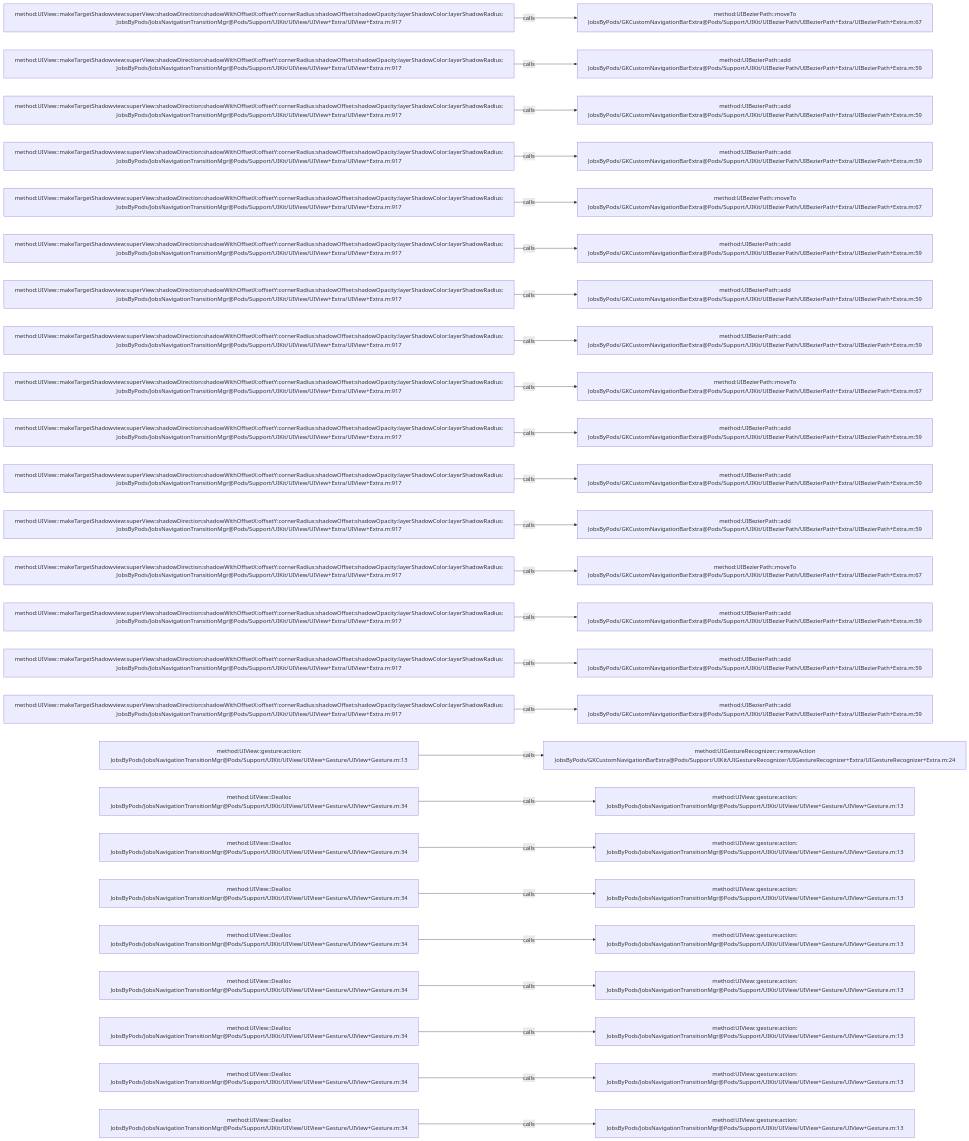
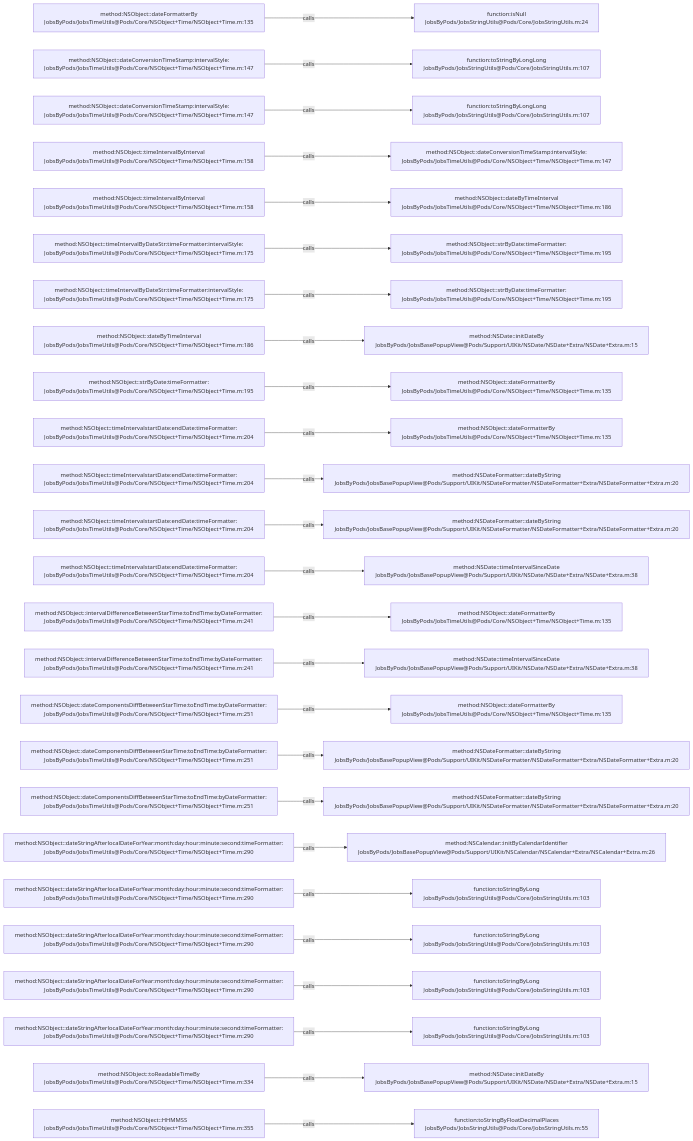
One commit to JobsKits/JobsOCBaseConfigDemo changed the diagram in .codegraph/codegraph.md/graphs/calls-172.md. Above: the diagram before and after it, drawn with Mermaid. The commit also changed 1026 other files, not shown here.

````diff
--- a/.codegraph/codegraph.md/graphs/calls-172.md
+++ b/.codegraph/codegraph.md/graphs/calls-172.md
@@ -13,78 +13,78 @@
 ```mermaid
 flowchart LR
-  S1["method:UIView::makeTargetShadowview:superView:shadowDirection:shadowWithOffsetX:offsetY:cornerRadius:shadowOffset:shadowOpacity:layerShadowColor:layerShadowRadius:<br/>JobsByPods/JobsNavigationTransitionMgr@Pods/Support/UIKit/UIView/UIView+Extra/UIView+Extra.m:917"]
-  T1["method:UIBezierPath::moveTo<br/>JobsByPods/GKCustomNavigationBarExtra@Pods/Support/UIKit/UIBezierPath/UIBezierPath+Extra/UIBezierPath+Extra.m:67"]
+  S1["method:NSObject::dateFormatterBy<br/>JobsByPods/JobsTimeUtils@Pods/Core/NSObject+Time/NSObject+Time.m:135"]
+  T1["function:isNull<br/>JobsByPods/JobsStringUtils@Pods/Core/JobsStringUtils.m:24"]
   S1 -->|calls| T1
-  S2["method:UIView::makeTargetShadowview:superView:shadowDirection:shadowWithOffsetX:offsetY:cornerRadius:shadowOffset:shadowOpacity:layerShadowColor:layerShadowRadius:<br/>JobsByPods/JobsNavigationTransitionMgr@Pods/Support/UIKit/UIView/UIView+Extra/UIView+Extra.m:917"]
-  T2["method:UIBezierPath::add<br/>JobsByPods/GKCustomNavigationBarExtra@Pods/Support/UIKit/UIBezierPath/UIBezierPath+Extra/UIBezierPath+Extra.m:59"]
+  S2["method:NSObject::dateConversionTimeStamp:intervalStyle:<br/>JobsByPods/JobsTimeUtils@Pods/Core/NSObject+Time/NSObject+Time.m:147"]
+  T2["function:toStringByLongLong<br/>JobsByPods/JobsStringUtils@Pods/Core/JobsStringUtils.m:107"]
   S2 -->|calls| T2
-  S3["method:UIView::makeTargetShadowview:superView:shadowDirection:shadowWithOffsetX:offsetY:cornerRadius:shadowOffset:shadowOpacity:layerShadowColor:layerShadowRadius:<br/>JobsByPods/JobsNavigationTransitionMgr@Pods/Support/UIKit/UIView/UIView+Extra/UIView+Extra.m:917"]
-  T3["method:UIBezierPath::add<br/>JobsByPods/GKCustomNavigationBarExtra@Pods/Support/UIKit/UIBezierPath/UIBezierPath+Extra/UIBezierPath+Extra.m:59"]
+  S3["method:NSObject::dateConversionTimeStamp:intervalStyle:<br/>JobsByPods/JobsTimeUtils@Pods/Core/NSObject+Time/NSObject+Time.m:147"]
+  T3["function:toStringByLongLong<br/>JobsByPods/JobsStringUtils@Pods/Core/JobsStringUtils.m:107"]
   S3 -->|calls| T3
-  S4["method:UIView::makeTargetShadowview:superView:shadowDirection:shadowWithOffsetX:offsetY:cornerRadius:shadowOffset:shadowOpacity:layerShadowColor:layerShadowRadius:<br/>JobsByPods/JobsNavigationTransitionMgr@Pods/Support/UIKit/UIView/UIView+Extra/UIView+Extra.m:917"]
-  T4["method:UIBezierPath::add<br/>JobsByPods/GKCustomNavigationBarExtra@Pods/Support/UIKit/UIBezierPath/UIBezierPath+Extra/UIBezierPath+Extra.m:59"]
+  S4["method:NSObject::timeIntervalByInterval<br/>JobsByPods/JobsTimeUtils@Pods/Core/NSObject+Time/NSObject+Time.m:158"]
+  T4["method:NSObject::dateConversionTimeStamp:intervalStyle:<br/>JobsByPods/JobsTimeUtils@Pods/Core/NSObject+Time/NSObject+Time.m:147"]
   S4 -->|calls| T4
-  S5["method:UIView::makeTargetShadowview:superView:shadowDirection:shadowWithOffsetX:offsetY:cornerRadius:shadowOffset:shadowOpacity:layerShadowColor:layerShadowRadius:<br/>JobsByPods/JobsNavigationTransitionMgr@Pods/Support/UIKit/UIView/UIView+Extra/UIView+Extra.m:917"]
-  T5["method:UIBezierPath::moveTo<br/>JobsByPods/GKCustomNavigationBarExtra@Pods/Support/UIKit/UIBezierPath/UIBezierPath+Extra/UIBezierPath+Extra.m:67"]
+  S5["method:NSObject::timeIntervalByInterval<br/>JobsByPods/JobsTimeUtils@Pods/Core/NSObject+Time/NSObject+Time.m:158"]
+  T5["method:NSObject::dateByTimeInterval<br/>JobsByPods/JobsTimeUtils@Pods/Core/NSObject+Time/NSObject+Time.m:186"]
   S5 -->|calls| T5
-  S6["method:UIView::makeTargetShadowview:superView:shadowDirection:shadowWithOffsetX:offsetY:cornerRadius:shadowOffset:shadowOpacity:layerShadowColor:layerShadowRadius:<br/>JobsByPods/JobsNavigationTransitionMgr@Pods/Support/UIKit/UIView/UIView+Extra/UIView+Extra.m:917"]
-  T6["method:UIBezierPath::add<br/>JobsByPods/GKCustomNavigationBarExtra@Pods/Support/UIKit/UIBezierPath/UIBezierPath+Extra/UIBezierPath+Extra.m:59"]
+  S6["method:NSObject::timeIntervalByDateStr:timeFormatter:intervalStyle:<br/>JobsByPods/JobsTimeUtils@Pods/Core/NSObject+Time/NSObject+Time.m:175"]
+  T6["method:NSObject::strByDate:timeFormatter:<br/>JobsByPods/JobsTimeUtils@Pods/Core/NSObject+Time/NSObject+Time.m:195"]
   S6 -->|calls| T6
-  S7["method:UIView::makeTargetShadowview:superView:shadowDirection:shadowWithOffsetX:offsetY:cornerRadius:shadowOffset:shadowOpacity:layerShadowColor:layerShadowRadius:<br/>JobsByPods/JobsNavigationTransitionMgr@Pods/Support/UIKit/UIView/UIView+Extra/UIView+Extra.m:917"]
-  T7["method:UIBezierPath::add<br/>JobsByPods/GKCustomNavigationBarExtra@Pods/Support/UIKit/UIBezierPath/UIBezierPath+Extra/UIBezierPath+Extra.m:59"]
+  S7["method:NSObject::timeIntervalByDateStr:timeFormatter:intervalStyle:<br/>JobsByPods/JobsTimeUtils@Pods/Core/NSObject+Time/NSObject+Time.m:175"]
+  T7["method:NSObject::strByDate:timeFormatter:<br/>JobsByPods/JobsTimeUtils@Pods/Core/NSObject+Time/NSObject+Time.m:195"]
   S7 -->|calls| T7
-  S8["method:UIView::makeTargetShadowview:superView:shadowDirection:shadowWithOffsetX:offsetY:cornerRadius:shadowOffset:shadowOpacity:layerShadowColor:layerShadowRadius:<br/>JobsByPods/JobsNavigationTransitionMgr@Pods/Support/UIKit/UIView/UIView+Extra/UIView+Extra.m:917"]
-  T8["method:UIBezierPath::add<br/>JobsByPods/GKCustomNavigationBarExtra@Pods/Support/UIKit/UIBezierPath/UIBezierPath+Extra/UIBezierPath+Extra.m:59"]
+  S8["method:NSObject::dateByTimeInterval<br/>JobsByPods/JobsTimeUtils@Pods/Core/NSObject+Time/NSObject+Time.m:186"]
+  T8["method:NSDate::initDateBy<br/>JobsByPods/JobsBasePopupView@Pods/Support/UIKit/NSDate/NSDate+Extra/NSDate+Extra.m:15"]
   S8 -->|calls| T8
-  S9["method:UIView::makeTargetShadowview:superView:shadowDirection:shadowWithOffsetX:offsetY:cornerRadius:shadowOffset:shadowOpacity:layerShadowColor:layerShadowRadius:<br/>JobsByPods/JobsNavigationTransitionMgr@Pods/Support/UIKit/UIView/UIView+Extra/UIView+Extra.m:917"]
-  T9["method:UIBezierPath::moveTo<br/>JobsByPods/GKCustomNavigationBarExtra@Pods/Support/UIKit/UIBezierPath/UIBezierPath+Extra/UIBezierPath+Extra.m:67"]
+  S9["method:NSObject::strByDate:timeFormatter:<br/>JobsByPods/JobsTimeUtils@Pods/Core/NSObject+Time/NSObject+Time.m:195"]
+  T9["method:NSObject::dateFormatterBy<br/>JobsByPods/JobsTimeUtils@Pods/Core/NSObject+Time/NSObject+Time.m:135"]
   S9 -->|calls| T9
-  S10["method:UIView::makeTargetShadowview:superView:shadowDirection:shadowWithOffsetX:offsetY:cornerRadius:shadowOffset:shadowOpacity:layerShadowColor:layerShadowRadius:<br/>JobsByPods/JobsNavigationTransitionMgr@Pods/Support/UIKit/UIView/UIView+Extra/UIView+Extra.m:917"]
-  T10["method:UIBezierPath::add<br/>JobsByPods/GKCustomNavigationBarExtra@Pods/Support/UIKit/UIBezierPath/UIBezierPath+Extra/UIBezierPath+Extra.m:59"]
+  S10["method:NSObject::timeIntervalstartDate:endDate:timeFormatter:<br/>JobsByPods/JobsTimeUtils@Pods/Core/NSObject+Time/NSObject+Time.m:204"]
+  T10["method:NSObject::dateFormatterBy<br/>JobsByPods/JobsTimeUtils@Pods/Core/NSObject+Time/NSObject+Time.m:135"]
   S10 -->|calls| T10
-  S11["method:UIView::makeTargetShadowview:superView:shadowDirection:shadowWithOffsetX:offsetY:cornerRadius:shadowOffset:shadowOpacity:layerShadowColor:layerShadowRadius:<br/>JobsByPods/JobsNavigationTransitionMgr@Pods/Support/UIKit/UIView/UIView+Extra/UIView+Extra.m:917"]
-  T11["method:UIBezierPath::add<br/>JobsByPods/GKCustomNavigationBarExtra@Pods/Support/UIKit/UIBezierPath/UIBezierPath+Extra/UIBezierPath+Extra.m:59"]
+  S11["method:NSObject::timeIntervalstartDate:endDate:timeFormatter:<br/>JobsByPods/JobsTimeUtils@Pods/Core/NSObject+Time/NSObject+Time.m:204"]
+  T11["method:NSDateFormatter::dateByString<br/>JobsByPods/JobsBasePopupView@Pods/Support/UIKit/NSDateFormatter/NSDateFormatter+Extra/NSDateFormatter+Extra.m:20"]
   S11 -->|calls| T11
-  S12["method:UIView::makeTargetShadowview:superView:shadowDirection:shadowWithOffsetX:offsetY:cornerRadius:shadowOffset:shadowOpacity:layerShadowColor:layerShadowRadius:<br/>JobsByPods/JobsNavigationTransitionMgr@Pods/Support/UIKit/UIView/UIView+Extra/UIView+Extra.m:917"]
-  T12["method:UIBezierPath::add<br/>JobsByPods/GKCustomNavigationBarExtra@Pods/Support/UIKit/UIBezierPath/UIBezierPath+Extra/UIBezierPath+Extra.m:59"]
+  S12["method:NSObject::timeIntervalstartDate:endDate:timeFormatter:<br/>JobsByPods/JobsTimeUtils@Pods/Core/NSObject+Time/NSObject+Time.m:204"]
+  T12["method:NSDateFormatter::dateByString<br/>JobsByPods/JobsBasePopupView@Pods/Support/UIKit/NSDateFormatter/NSDateFormatter+Extra/NSDateFormatter+Extra.m:20"]
   S12 -->|calls| T12
-  S13["method:UIView::makeTargetShadowview:superView:shadowDirection:shadowWithOffsetX:offsetY:cornerRadius:shadowOffset:shadowOpacity:layerShadowColor:layerShadowRadius:<br/>JobsByPods/JobsNavigationTransitionMgr@Pods/Support/UIKit/UIView/UIView+Extra/UIView+Extra.m:917"]
-  T13["method:UIBezierPath::moveTo<br/>JobsByPods/GKCustomNavigationBarExtra@Pods/Support/UIKit/UIBezierPath/UIBezierPath+Extra/UIBezierPath+Extra.m:67"]
+  S13["method:NSObject::timeIntervalstartDate:endDate:timeFormatter:<br/>JobsByPods/JobsTimeUtils@Pods/Core/NSObject+Time/NSObject+Time.m:204"]
+  T13["method:NSDate::timeIntervalSinceDate<br/>JobsByPods/JobsBasePopupView@Pods/Support/UIKit/NSDate/NSDate+Extra/NSDate+Extra.m:38"]
   S13 -->|calls| T13
-  S14["method:UIView::makeTargetShadowview:superView:shadowDirection:shadowWithOffsetX:offsetY:cornerRadius:shadowOffset:shadowOpacity:layerShadowColor:layerShadowRadius:<br/>JobsByPods/JobsNavigationTransitionMgr@Pods/Support/UIKit/UIView/UIView+Extra/UIView+Extra.m:917"]
-  T14["method:UIBezierPath::add<br/>JobsByPods/GKCustomNavigationBarExtra@Pods/Support/UIKit/UIBezierPath/UIBezierPath+Extra/UIBezierPath+Extra.m:59"]
+  S14["method:NSObject::intervalDifferenceBetweenStarTime:toEndTime:byDateFormatter:<br/>JobsByPods/JobsTimeUtils@Pods/Core/NSObject+Time/NSObject+Time.m:241"]
+  T14["method:NSObject::dateFormatterBy<br/>JobsByPods/JobsTimeUtils@Pods/Core/NSObject+Time/NSObject+Time.m:135"]
   S14 -->|calls| T14
-  S15["method:UIView::makeTargetShadowview:superView:shadowDirection:shadowWithOffsetX:offsetY:cornerRadius:shadowOffset:shadowOpacity:layerShadowColor:layerShadowRadius:<br/>JobsByPods/JobsNavigationTransitionMgr@Pods/Support/UIKit/UIView/UIView+Extra/UIView+Extra.m:917"]
-  T15["method:UIBezierPath::add<br/>JobsByPods/GKCustomNavigationBarExtra@Pods/Support/UIKit/UIBezierPath/UIBezierPath+Extra/UIBezierPath+Extra.m:59"]
+  S15["method:NSObject::intervalDifferenceBetweenStarTime:toEndTime:byDateFormatter:<br/>JobsByPods/JobsTimeUtils@Pods/Core/NSObject+Time/NSObject+Time.m:241"]
+  T15["method:NSDate::timeIntervalSinceDate<br/>JobsByPods/JobsBasePopupView@Pods/Support/UIKit/NSDate/NSDate+Extra/NSDate+Extra.m:38"]
   S15 -->|calls| T15
-  S16["method:UIView::makeTargetShadowview:superView:shadowDirection:shadowWithOffsetX:offsetY:cornerRadius:shadowOffset:shadowOpacity:layerShadowColor:layerShadowRadius:<br/>JobsByPods/JobsNavigationTransitionMgr@Pods/Support/UIKit/UIView/UIView+Extra/UIView+Extra.m:917"]
-  T16["method:UIBezierPath::add<br/>JobsByPods/GKCustomNavigationBarExtra@Pods/Support/UIKit/UIBezierPath/UIBezierPath+Extra/UIBezierPath+Extra.m:59"]
+  S16["method:NSObject::dateComponentsDiffBetweenStarTime:toEndTime:byDateFormatter:<br/>JobsByPods/JobsTimeUtils@Pods/Core/NSObject+Time/NSObject+Time.m:251"]
+  T16["method:NSObject::dateFormatterBy<br/>JobsByPods/JobsTimeUtils@Pods/Core/NSObject+Time/NSObject+Time.m:135"]
   S16 -->|calls| T16
-  S17["method:UIView::gesture:action:<br/>JobsByPods/JobsNavigationTransitionMgr@Pods/Support/UIKit/UIView/UIView+Gesture/UIView+Gesture.m:13"]
-  T17["method:UIGestureRecognizer::removeAction<br/>JobsByPods/GKCustomNavigationBarExtra@Pods/Support/UIKit/UIGestureRecognizer/UIGestureRecognizer+Extra/UIGestureRecognizer+Extra.m:24"]
+  S17["method:NSObject::dateComponentsDiffBetweenStarTime:toEndTime:byDateFormatter:<br/>JobsByPods/JobsTimeUtils@Pods/Core/NSObject+Time/NSObject+Time.m:251"]
+  T17["method:NSDateFormatter::dateByString<br/>JobsByPods/JobsBasePopupView@Pods/Support/UIKit/NSDateFormatter/NSDateFormatter+Extra/NSDateFormatter+Extra.m:20"]
   S17 -->|calls| T17
-  S18["method:UIView::Dealloc<br/>JobsByPods/JobsNavigationTransitionMgr@Pods/Support/UIKit/UIView/UIView+Gesture/UIView+Gesture.m:34"]
-  T18["method:UIView::gesture:action:<br/>JobsByPods/JobsNavigationTransitionMgr@Pods/Support/UIKit/UIView/UIView+Gesture/UIView+Gesture.m:13"]
+  S18["method:NSObject::dateComponentsDiffBetweenStarTime:toEndTime:byDateFormatter:<br/>JobsByPods/JobsTimeUtils@Pods/Core/NSObject+Time/NSObject+Time.m:251"]
+  T18["method:NSDateFormatter::dateByString<br/>JobsByPods/JobsBasePopupView@Pods/Support/UIKit/NSDateFormatter/NSDateFormatter+Extra/NSDateFormatter+Extra.m:20"]
   S18 -->|calls| T18
-  S19["method:UIView::Dealloc<br/>JobsByPods/JobsNavigationTransitionMgr@Pods/Support/UIKit/UIView/UIView+Gesture/UIView+Gesture.m:34"]
-  T19["method:UIView::gesture:action:<br/>JobsByPods/JobsNavigationTransitionMgr@Pods/Support/UIKit/UIView/UIView+Gesture/UIView+Gesture.m:13"]
+  S19["method:NSObject::dateStringAfterlocalDateForYear:month:day:hour:minute:second:timeFormatter:<br/>JobsByPods/JobsTimeUtils@Pods/Core/NSObject+Time/NSObject+Time.m:290"]
+  T19["method:NSCalendar::initByCalendarIdentifier<br/>JobsByPods/JobsBasePopupView@Pods/Support/UIKit/NSCalendar/NSCalendar+Extra/NSCalendar+Extra.m:26"]
   S19 -->|calls| T19
-  S20["method:UIView::Dealloc<br/>JobsByPods/JobsNavigationTransitionMgr@Pods/Support/UIKit/UIView/UIView+Gesture/UIView+Gesture.m:34"]
-  T20["method:UIView::gesture:action:<br/>JobsByPods/JobsNavigationTransitionMgr@Pods/Support/UIKit/UIView/UIView+Gesture/UIView+Gesture.m:13"]
+  S20["method:NSObject::dateStringAfterlocalDateForYear:month:day:hour:minute:second:timeFormatter:<br/>JobsByPods/JobsTimeUtils@Pods/Core/NSObject+Time/NSObject+Time.m:290"]
+  T20["function:toStringByLong<br/>JobsByPods/JobsStringUtils@Pods/Core/JobsStringUtils.m:103"]
   S20 -->|calls| T20
-  S21["method:UIView::Dealloc<br/>JobsByPods/JobsNavigationTransitionMgr@Pods/Support/UIKit/UIView/UIView+Gesture/UIView+Gesture.m:34"]
-  T21["method:UIView::gesture:action:<br/>JobsByPods/JobsNavigationTransitionMgr@Pods/Support/UIKit/UIView/UIView+Gesture/UIView+Gesture.m:13"]
+  S21["method:NSObject::dateStringAfterlocalDateForYear:month:day:hour:minute:second:timeFormatter:<br/>JobsByPods/JobsTimeUtils@Pods/Core/NSObject+Time/NSObject+Time.m:290"]
+  T21["function:toStringByLong<br/>JobsByPods/JobsStringUtils@Pods/Core/JobsStringUtils.m:103"]
   S21 -->|calls| T21
-  S22["method:UIView::Dealloc<br/>JobsByPods/JobsNavigationTransitionMgr@Pods/Support/UIKit/UIView/UIView+Gesture/UIView+Gesture.m:34"]
-  T22["method:UIView::gesture:action:<br/>JobsByPods/JobsNavigationTransitionMgr@Pods/Support/UIKit/UIView/UIView+Gesture/UIView+Gesture.m:13"]
+  S22["method:NSObject::dateStringAfterlocalDateForYear:month:day:hour:minute:second:timeFormatter:<br/>JobsByPods/JobsTimeUtils@Pods/Core/NSObject+Time/NSObject+Time.m:290"]
+  T22["function:toStringByLong<br/>JobsByPods/JobsStringUtils@Pods/Core/JobsStringUtils.m:103"]
   S22 -->|calls| T22
-  S23["method:UIView::Dealloc<br/>JobsByPods/JobsNavigationTransitionMgr@Pods/Support/UIKit/UIView/UIView+Gesture/UIView+Gesture.m:34"]
-  T23["method:UIView::gesture:action:<br/>JobsByPods/JobsNavigationTransitionMgr@Pods/Support/UIKit/UIView/UIView+Gesture/UIView+Gesture.m:13"]
+  S23["method:NSObject::dateStringAfterlocalDateForYear:month:day:hour:minute:second:timeFormatter:<br/>JobsByPods/JobsTimeUtils@Pods/Core/NSObject+Time/NSObject+Time.m:290"]
+  T23["function:toStringByLong<br/>JobsByPods/JobsStringUtils@Pods/Core/JobsStringUtils.m:103"]
   S23 -->|calls| T23
-  S24["method:UIView::Dealloc<br/>JobsByPods/JobsNavigationTransitionMgr@Pods/Support/UIKit/UIView/UIView+Gesture/UIView+Gesture.m:34"]
-  T24["method:UIView::gesture:action:<br/>JobsByPods/JobsNavigationTransitionMgr@Pods/Support/UIKit/UIView/UIView+Gesture/UIView+Gesture.m:13"]
+  S24["method:NSObject::toReadableTimeBy<br/>JobsByPods/JobsTimeUtils@Pods/Core/NSObject+Time/NSObject+Time.m:334"]
+  T24["method:NSDate::initDateBy<br/>JobsByPods/JobsBasePopupView@Pods/Support/UIKit/NSDate/NSDate+Extra/NSDate+Extra.m:15"]
   S24 -->|calls| T24
-  S25["method:UIView::Dealloc<br/>JobsByPods/JobsNavigationTransitionMgr@Pods/Support/UIKit/UIView/UIView+Gesture/UIView+Gesture.m:34"]
-  T25["method:UIView::gesture:action:<br/>JobsByPods/JobsNavigationTransitionMgr@Pods/Support/UIKit/UIView/UIView+Gesture/UIView+Gesture.m:13"]
+  S25["method:NSObject::HHMMSS<br/>JobsByPods/JobsTimeUtils@Pods/Core/NSObject+Time/NSObject+Time.m:355"]
+  T25["function:toStringByFloatDecimalPlaces<br/>JobsByPods/JobsStringUtils@Pods/Core/JobsStringUtils.m:55"]
   S25 -->|calls| T25
 ```
````
